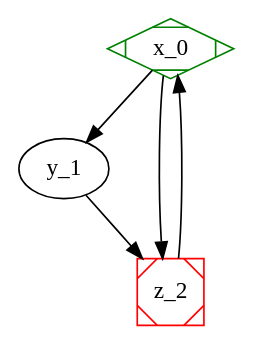
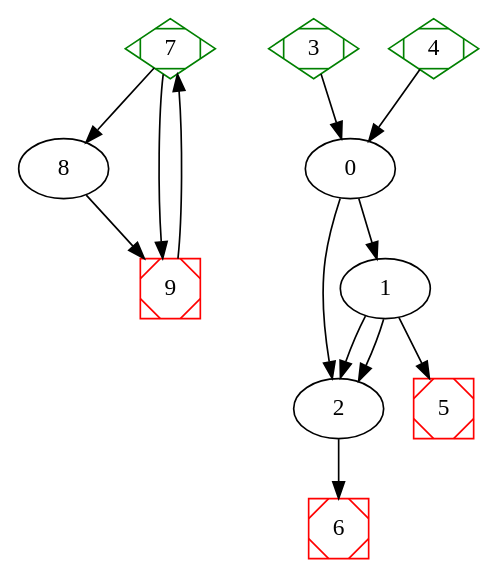
The diagram in Open_digraph.dot (Livarg/Projet2-IM), drawn with Graphviz before and after one commit. The commit also changed 3 other files, not shown here.

```diff
--- a/Open_digraph.dot
+++ b/Open_digraph.dot
@@ -1,13 +1,22 @@
 digraph G { 
 
+    7->8;
+    7->9;
+    7[shape = Mdiamond, color = green];
+    8->9;
+    9->7;
+    9[shape = Msquare, color = red];
     0->1;
     0->2;
-    0[label = x_0]; 
-    0[shape = Mdiamond, color = green];
     1->2;
-    1[label = y_1]; 
-    2->0;
-    2[label = z_2]; 
-    2[shape = Msquare, color = red];
+    1->2;
+    1->5;
+    2->6;
+    3->0;
+    3[shape = Mdiamond, color = green];
+    4->0;
+    4[shape = Mdiamond, color = green];
+    5[shape = Msquare, color = red];
+    6[shape = Msquare, color = red];
 
 }
```
